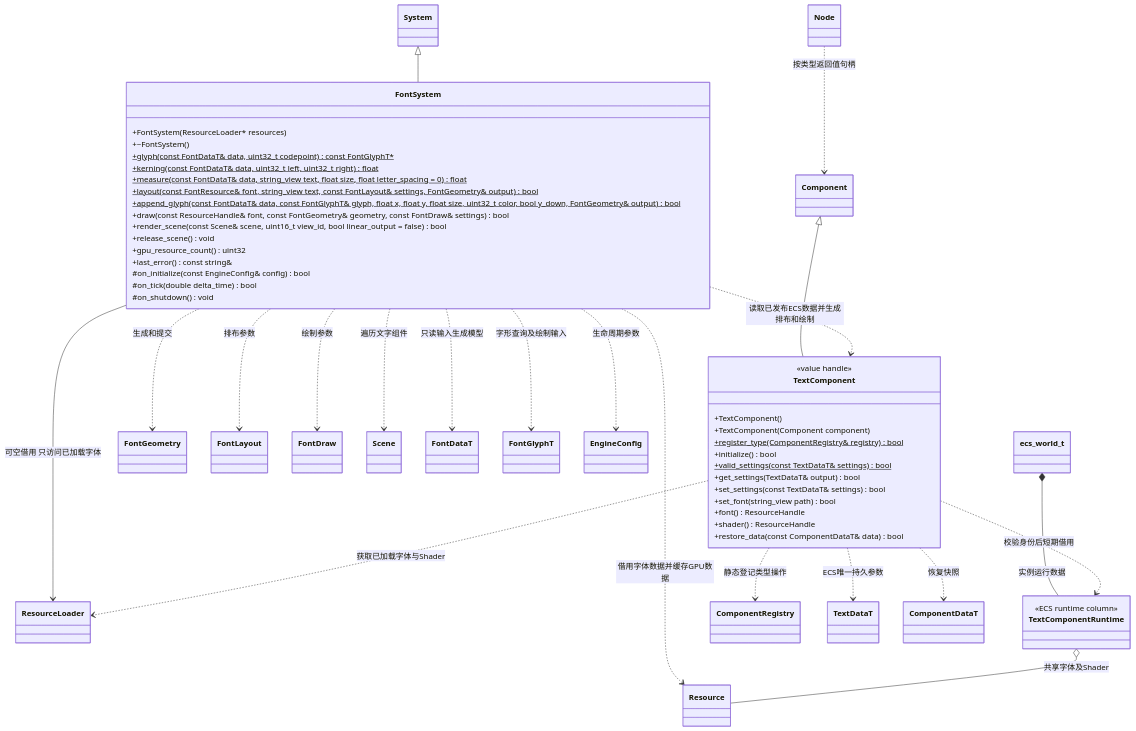
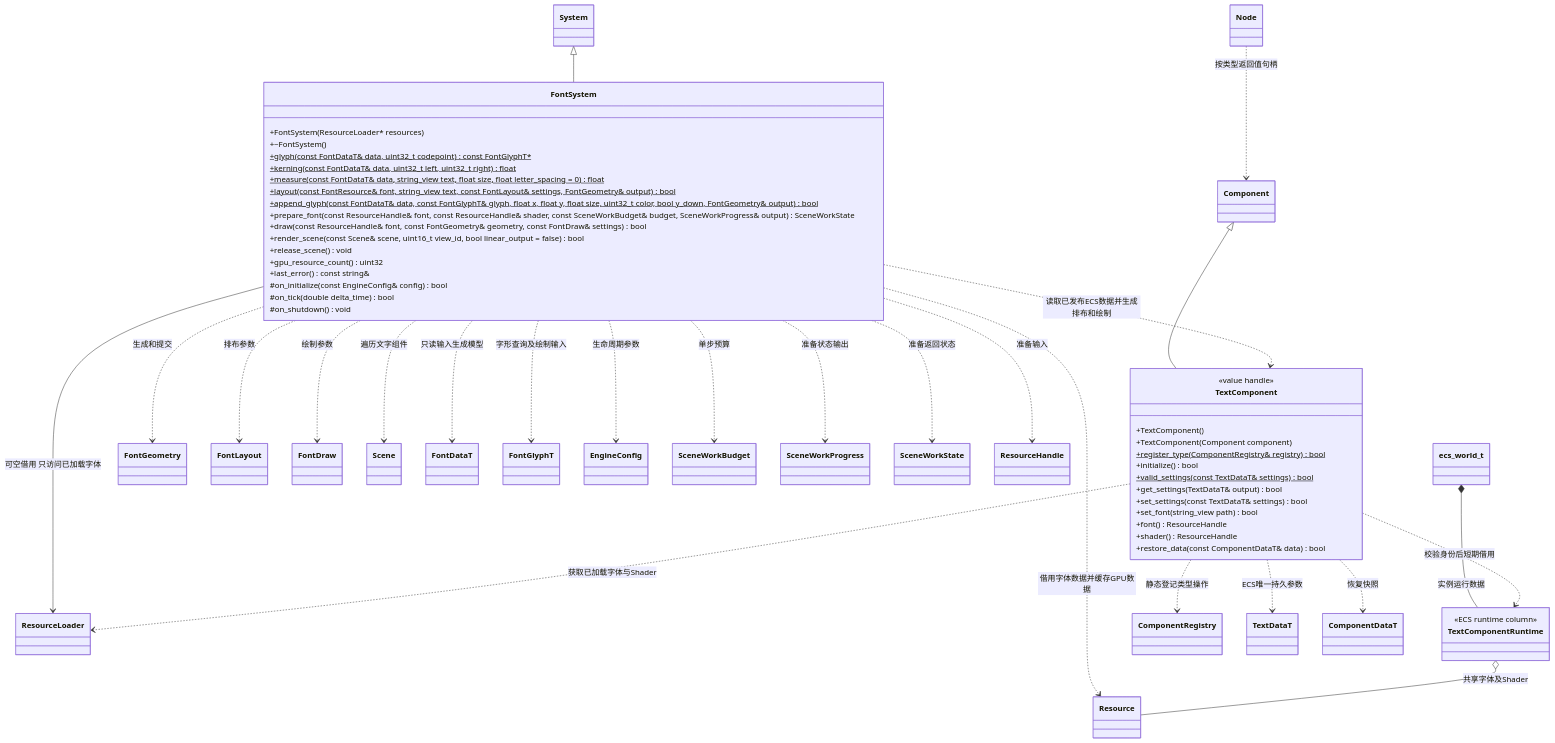
One commit to lcals/Engine changed the first of 2 diagrams in docs/runtime/class-diagrams/font-system.md. Above: the diagram before and after it, drawn with Mermaid. The commit also changed other lines of this file and 25 other files, not shown here.

Commit message:
Document scoped scene loading and optional runtime MCP architecture

````diff
--- a/docs/runtime/class-diagrams/font-system.md
+++ b/docs/runtime/class-diagrams/font-system.md
@@ -7,66 +7,74 @@
 ```mermaid
 classDiagram
     System <|-- FontSystem
     Component <|-- TextComponent
     FontSystem ..> Resource : 借用字体数据并缓存GPU数据
     FontSystem --> ResourceLoader : 可空借用 只访问已加载字体
     FontSystem ..> FontGeometry : 生成和提交
     FontSystem ..> FontLayout : 排布参数
     FontSystem ..> FontDraw : 绘制参数
     FontSystem ..> Scene : 遍历文字组件
     TextComponentRuntime o-- Resource : 共享字体及Shader
     TextComponent ..> ResourceLoader : 获取已加载字体与Shader
     FontSystem ..> TextComponent : 读取已发布ECS数据并生成排布和绘制
     Node ..> Component : 按类型返回值句柄
     class FontSystem {
         +FontSystem(ResourceLoader#42; resources)
         +~FontSystem()
         +glyph(const FontDataT& data, uint32_t codepoint) const FontGlyphT#42;$
         +kerning(const FontDataT& data, uint32_t left, uint32_t right) float$
         +measure(const FontDataT& data, string_view text, float size, float letter_spacing = 0) float$
         +layout(const FontResource& font, string_view text, const FontLayout& settings, FontGeometry& output) bool$
         +append_glyph(const FontDataT& data, const FontGlyphT& glyph, float x, float y, float size, uint32_t color, bool y_down, FontGeometry& output) bool$
+        +prepare_font(const ResourceHandle& font, const ResourceHandle& shader, const SceneWorkBudget& budget, SceneWorkProgress& output) SceneWorkState
         +draw(const ResourceHandle& font, const FontGeometry& geometry, const FontDraw& settings) bool
         +render_scene(const Scene& scene, uint16_t view_id, bool linear_output = false) bool
         +release_scene() void
         +gpu_resource_count() uint32
         +last_error() const string&
         #on_initialize(const EngineConfig& config) bool
         #on_tick(double delta_time) bool
         #on_shutdown() void
     }
     class TextComponent {
         <<value handle>>
         +TextComponent()
         +TextComponent(Component component)
         +register_type(ComponentRegistry& registry) bool$
         +initialize() bool
         +valid_settings(const TextDataT& settings) bool$
 
         +get_settings(TextDataT& output) bool
         +set_settings(const TextDataT& settings) bool
         +set_font(string_view path) bool
         +font() ResourceHandle
         +shader() ResourceHandle
         +restore_data(const ComponentDataT& data) bool
     }
     class ComponentRegistry
     class FontDataT
     class FontGlyphT
     class TextDataT
     class ComponentDataT
     class EngineConfig
+    class SceneWorkBudget
+    class SceneWorkProgress
+    class SceneWorkState
+    FontSystem ..> ResourceHandle : 准备输入
+    FontSystem ..> SceneWorkBudget : 单步预算
+    FontSystem ..> SceneWorkProgress : 准备状态输出
+    FontSystem ..> SceneWorkState : 准备返回状态
     class ecs_world_t
     FontSystem ..> FontDataT : 只读输入生成模型
     FontSystem ..> FontGlyphT : 字形查询及绘制输入
     FontSystem ..> EngineConfig : 生命周期参数
     TextComponent ..> TextDataT : ECS唯一持久参数
     TextComponent ..> ComponentDataT : 恢复快照
     class TextComponentRuntime {
         <<ECS runtime column>>
     }
     ecs_world_t *-- TextComponentRuntime : 实例运行数据
     TextComponent ..> TextComponentRuntime : 校验身份后短期借用
     TextComponent ..> ComponentRegistry : 静态登记类型操作
 
 ```
````
